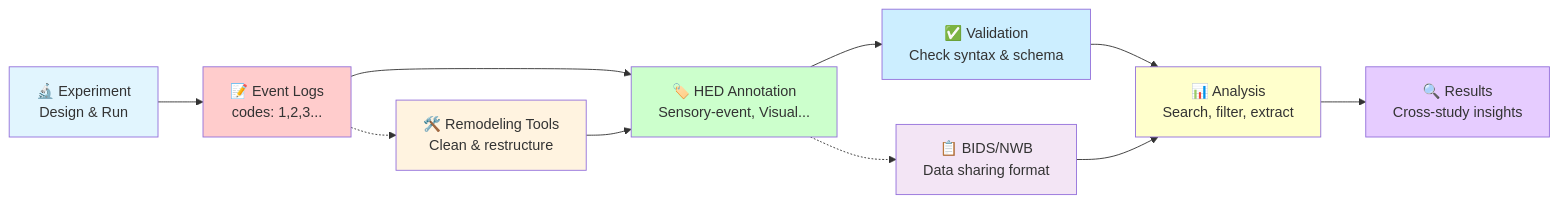
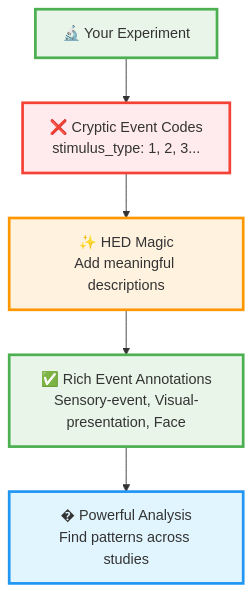
One commit to VisLab/hed-resources changed the diagram in docs/source/IntroductionToHed.md. Above: the diagram before and after it, drawn with Mermaid. The commit also changed other lines of this file, not shown here.

Commit message:
updated mermaid

````diff
--- a/docs/source/IntroductionToHed.md
+++ b/docs/source/IntroductionToHed.md
@@ -43,23 +43,13 @@
 ```{mermaid}
-graph LR
-    A["🔬 Experiment<br/>Design & Run"] --> B["📝 Event Logs<br/>codes: 1,2,3..."]
-    B --> C["🏷️ HED Annotation<br/>Sensory-event, Visual..."]
-    C --> D["✅ Validation<br/>Check syntax & schema"]
-    D --> E["📊 Analysis<br/>Search, filter, extract"]
-    E --> F["🔍 Results<br/>Cross-study insights"]
+flowchart TD
+    A["🔬 Your Experiment"] --> B["❌ Cryptic Event Codes<br/>stimulus_type: 1, 2, 3..."]
+    B --> C["✨ HED Magic<br/>Add meaningful descriptions"]
+    C --> D["✅ Rich Event Annotations<br/>Sensory-event, Visual-presentation, Face"]
+    D --> E["� Powerful Analysis<br/>Find patterns across studies"]
     
-    B -.-> G["🛠️ Remodeling Tools<br/>Clean & restructure"]
-    G --> C
-    
-    C -.-> H["📋 BIDS/NWB<br/>Data sharing format"]
-    H --> E
-    
-    style A fill:#e1f5fe
-    style B fill:#ffcccc
-    style C fill:#ccffcc  
-    style D fill:#cceeff
-    style E fill:#ffffcc
-    style F fill:#e6ccff
-    style G fill:#fff3e0
-    style H fill:#f3e5f5
+    style A fill:#e8f5e8,stroke:#4caf50,stroke-width:3px
+    style B fill:#ffebee,stroke:#f44336,stroke-width:3px
+    style C fill:#fff3e0,stroke:#ff9800,stroke-width:3px
+    style D fill:#e8f5e8,stroke:#4caf50,stroke-width:3px
+    style E fill:#e1f5fe,stroke:#2196f3,stroke-width:3px
 ```
````
